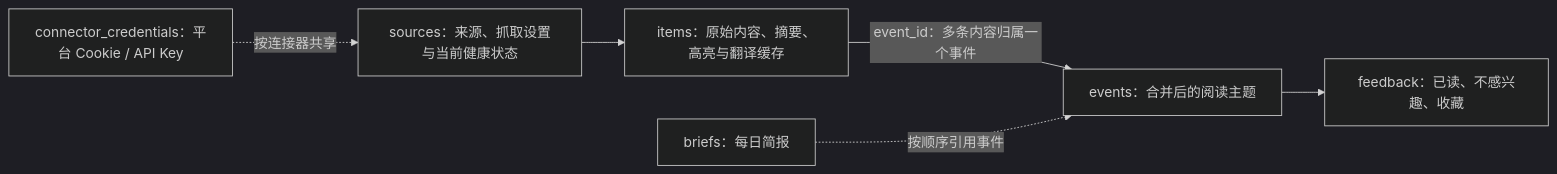
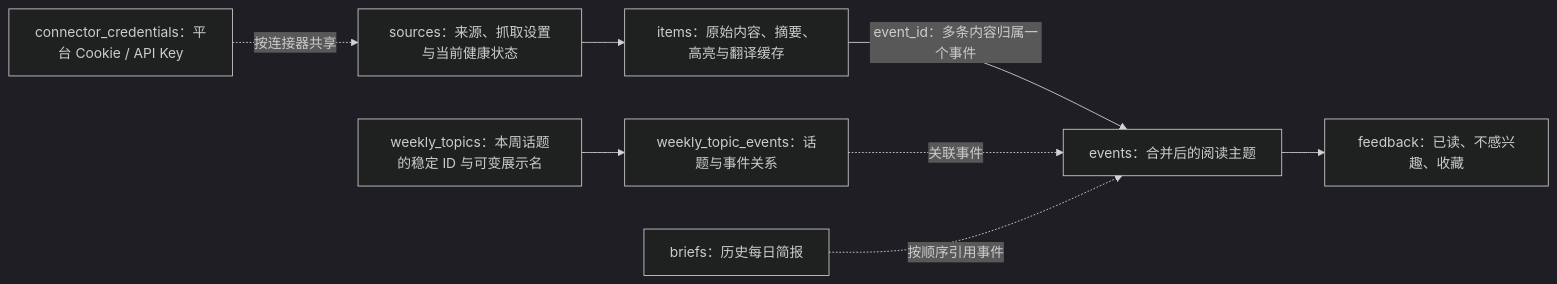
One commit to angelOnly/NewsRssHub changed the first of 2 diagrams in docs/SQLITE_SCHEMA_AND_MIGRATION.md. Above: the diagram before and after it, drawn with Mermaid (dark theme). The commit also changed other lines of this file and 21 other files, not shown here.

Commit message:
feat: add weekly topics

````diff
--- a/docs/SQLITE_SCHEMA_AND_MIGRATION.md
+++ b/docs/SQLITE_SCHEMA_AND_MIGRATION.md
@@ -35,8 +35,10 @@
 ```mermaid
 flowchart LR
     S["sources：来源、抓取设置与当前健康状态"] --> I["items：原始内容、摘要、高亮与翻译缓存"]
     I -->|"event_id：多条内容归属一个事件"| E["events：合并后的阅读主题"]
     E --> F["feedback：已读、不感兴趣、收藏"]
-    B["briefs：每日简报"] -. "按顺序引用事件" .-> E
+    T["weekly_topics：本周话题的稳定 ID 与可变展示名"] --> R["weekly_topic_events：话题与事件关系"]
+    R -. "关联事件" .-> E
+    B["briefs：历史每日简报"] -. "按顺序引用事件" .-> E
     C["connector_credentials：平台 Cookie / API Key"] -. "按连接器共享" .-> S
 ```
````
